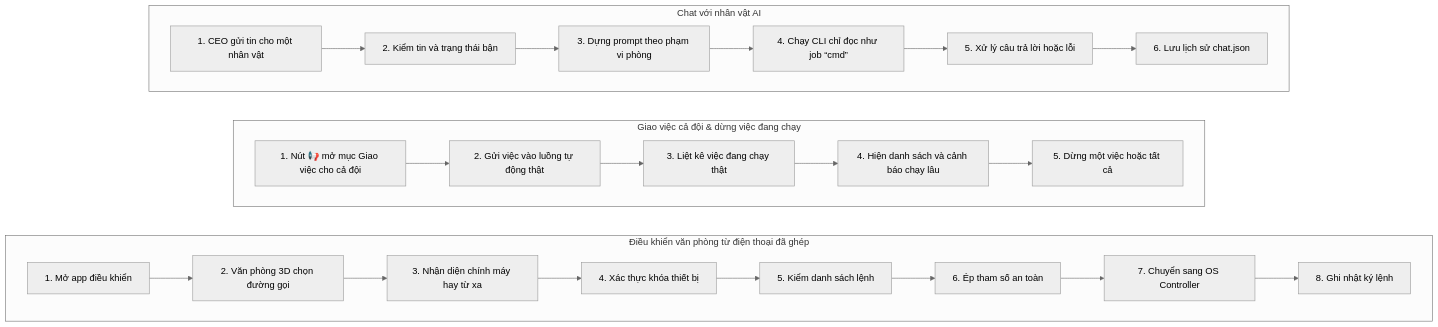
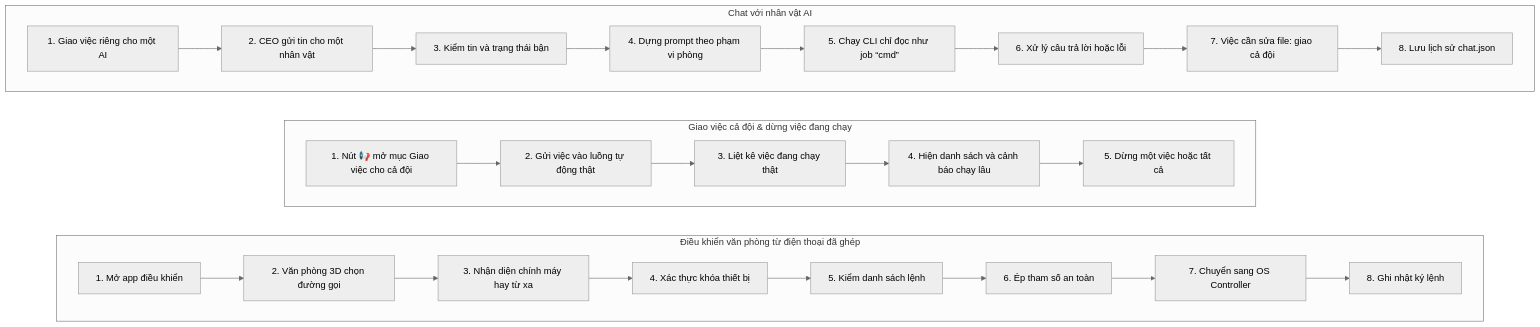
The fifth of 11 diagrams in docs/BAN-DO-HE-THONG.md (Thequancute215-sys/V-n-ph-ng-ch-nh-ph-), drawn with Mermaid (neutral theme) before and after one commit. The commit also changed other lines of this file and 11 other files, not shown here.

````diff
--- a/docs/BAN-DO-HE-THONG.md
+++ b/docs/BAN-DO-HE-THONG.md
@@ -490,49 +490,53 @@
 ```mermaid
 flowchart TD
   subgraph flow_chat_nhan_vat["Chat với nhân vật AI"]
     direction LR
-    step_chat_nhan_vat_gui_tin["1. CEO gửi tin cho một nhân vật"]
-    step_chat_nhan_vat_kiem_tin["2. Kiểm tin và trạng thái bận"]
-    step_chat_nhan_vat_dung_prompt["3. Dựng prompt theo phạm vi phòng"]
-    step_chat_nhan_vat_chay_cli["4. Chạy CLI chỉ đọc như job “cmd”"]
-    step_chat_nhan_vat_xu_ly_tra_loi["5. Xử lý câu trả lời hoặc lỗi"]
-    step_chat_nhan_vat_luu_lich_su["6. Lưu lịch sử chat.json"]
+    step_chat_nhan_vat_giao_rieng["1. Giao việc riêng cho một AI"]
+    step_chat_nhan_vat_gui_tin["2. CEO gửi tin cho một nhân vật"]
+    step_chat_nhan_vat_kiem_tin["3. Kiểm tin và trạng thái bận"]
+    step_chat_nhan_vat_dung_prompt["4. Dựng prompt theo phạm vi phòng"]
+    step_chat_nhan_vat_chay_cli["5. Chạy CLI chỉ đọc như job “cmd”"]
+    step_chat_nhan_vat_xu_ly_tra_loi["6. Xử lý câu trả lời hoặc lỗi"]
+    step_chat_nhan_vat_giao_ca_doi["7. Việc cần sửa file: giao cả đội"]
+    step_chat_nhan_vat_luu_lich_su["8. Lưu lịch sử chat.json"]
+    step_chat_nhan_vat_giao_rieng --> step_chat_nhan_vat_gui_tin
     step_chat_nhan_vat_gui_tin --> step_chat_nhan_vat_kiem_tin
     step_chat_nhan_vat_kiem_tin --> step_chat_nhan_vat_dung_prompt
     step_chat_nhan_vat_dung_prompt --> step_chat_nhan_vat_chay_cli
     step_chat_nhan_vat_chay_cli --> step_chat_nhan_vat_xu_ly_tra_loi
-    step_chat_nhan_vat_xu_ly_tra_loi --> step_chat_nhan_vat_luu_lich_su
+    step_chat_nhan_vat_xu_ly_tra_loi --> step_chat_nhan_vat_giao_ca_doi
+    step_chat_nhan_vat_giao_ca_doi --> step_chat_nhan_vat_luu_lich_su
   end
   subgraph flow_giao_viec_ca_doi["Giao việc cả đội & dừng việc đang chạy"]
     direction LR
     step_giao_viec_ca_doi_mo_ban_giao_viec["1. Nút 📢 mở mục Giao việc cho cả đội"]
     step_giao_viec_ca_doi_bat_luong_tu_dong["2. Gửi việc vào luồng tự động thật"]
     step_giao_viec_ca_doi_liet_ke["3. Liệt kê việc đang chạy thật"]
     step_giao_viec_ca_doi_hien_canh_bao["4. Hiện danh sách và cảnh báo chạy lâu"]
     step_giao_viec_ca_doi_dung_viec["5. Dừng một việc hoặc tất cả"]
     step_giao_viec_ca_doi_mo_ban_giao_viec --> step_giao_viec_ca_doi_bat_luong_tu_dong
     step_giao_viec_ca_doi_bat_luong_tu_dong --> step_giao_viec_ca_doi_liet_ke
     step_giao_viec_ca_doi_liet_ke --> step_giao_viec_ca_doi_hien_canh_bao
     step_giao_viec_ca_doi_hien_canh_bao --> step_giao_viec_ca_doi_dung_viec
   end
   subgraph flow_dieu_khien_tu_dien_thoai["Điều khiển văn phòng từ điện thoại đã ghép"]
     direction LR
     step_dieu_khien_tu_dien_thoai_mo_app["1. Mở app điều khiển"]
     step_dieu_khien_tu_dien_thoai_chon_duong["2. Văn phòng 3D chọn đường gọi"]
     step_dieu_khien_tu_dien_thoai_nhan_dien["3. Nhận diện chính máy hay từ xa"]
     step_dieu_khien_tu_dien_thoai_xac_thuc["4. Xác thực khóa thiết bị"]
     step_dieu_khien_tu_dien_thoai_danh_sach["5. Kiểm danh sách lệnh"]
     step_dieu_khien_tu_dien_thoai_ep_an_toan["6. Ép tham số an toàn"]
     step_dieu_khien_tu_dien_thoai_chuyen_ctl["7. Chuyển sang OS Controller"]
     step_dieu_khien_tu_dien_thoai_nhat_ky["8. Ghi nhật ký lệnh"]
     step_dieu_khien_tu_dien_thoai_mo_app --> step_dieu_khien_tu_dien_thoai_chon_duong
     step_dieu_khien_tu_dien_thoai_chon_duong --> step_dieu_khien_tu_dien_thoai_nhan_dien
     step_dieu_khien_tu_dien_thoai_nhan_dien --> step_dieu_khien_tu_dien_thoai_xac_thuc
     step_dieu_khien_tu_dien_thoai_xac_thuc --> step_dieu_khien_tu_dien_thoai_danh_sach
     step_dieu_khien_tu_dien_thoai_danh_sach --> step_dieu_khien_tu_dien_thoai_ep_an_toan
     step_dieu_khien_tu_dien_thoai_ep_an_toan --> step_dieu_khien_tu_dien_thoai_chuyen_ctl
     step_dieu_khien_tu_dien_thoai_chuyen_ctl --> step_dieu_khien_tu_dien_thoai_nhat_ky
   end
   flow_chat_nhan_vat ~~~ flow_giao_viec_ca_doi
   flow_giao_viec_ca_doi ~~~ flow_dieu_khien_tu_dien_thoai
 ```
````
